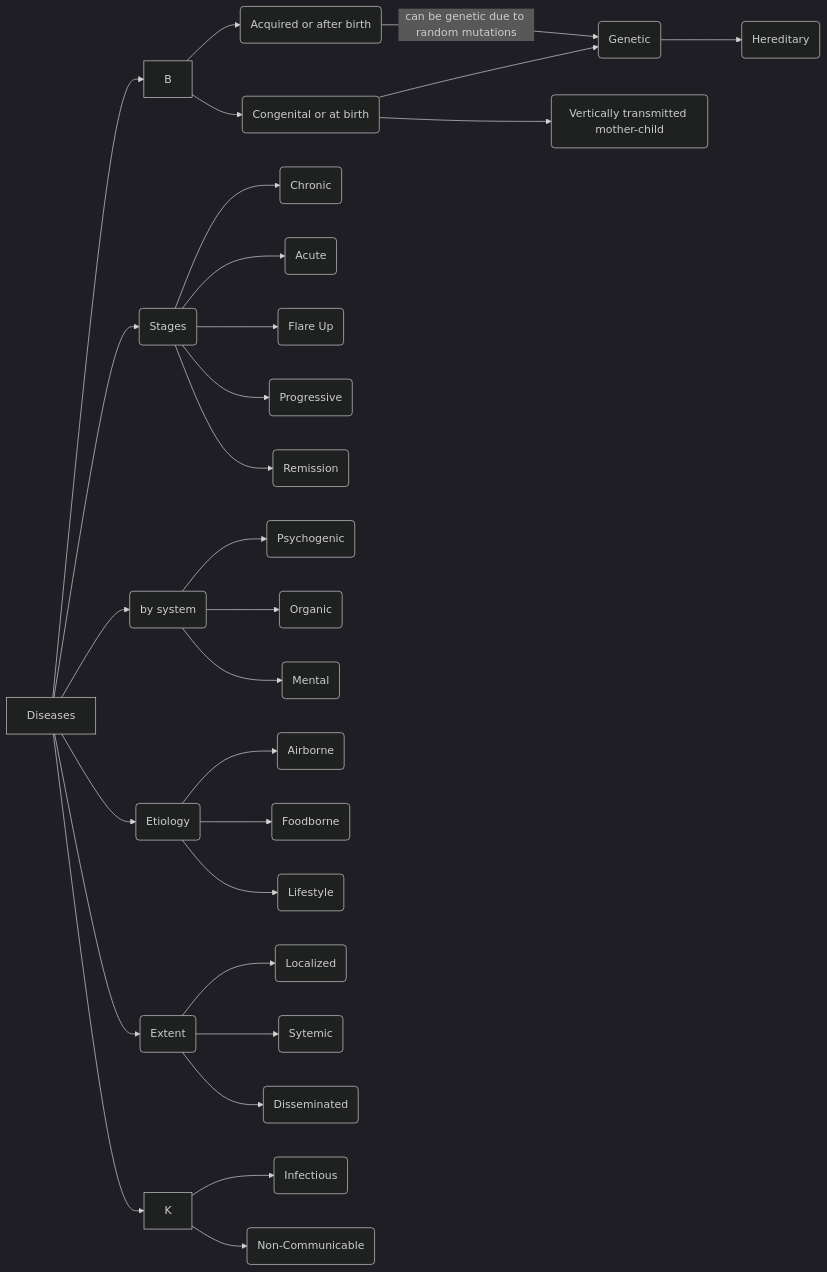
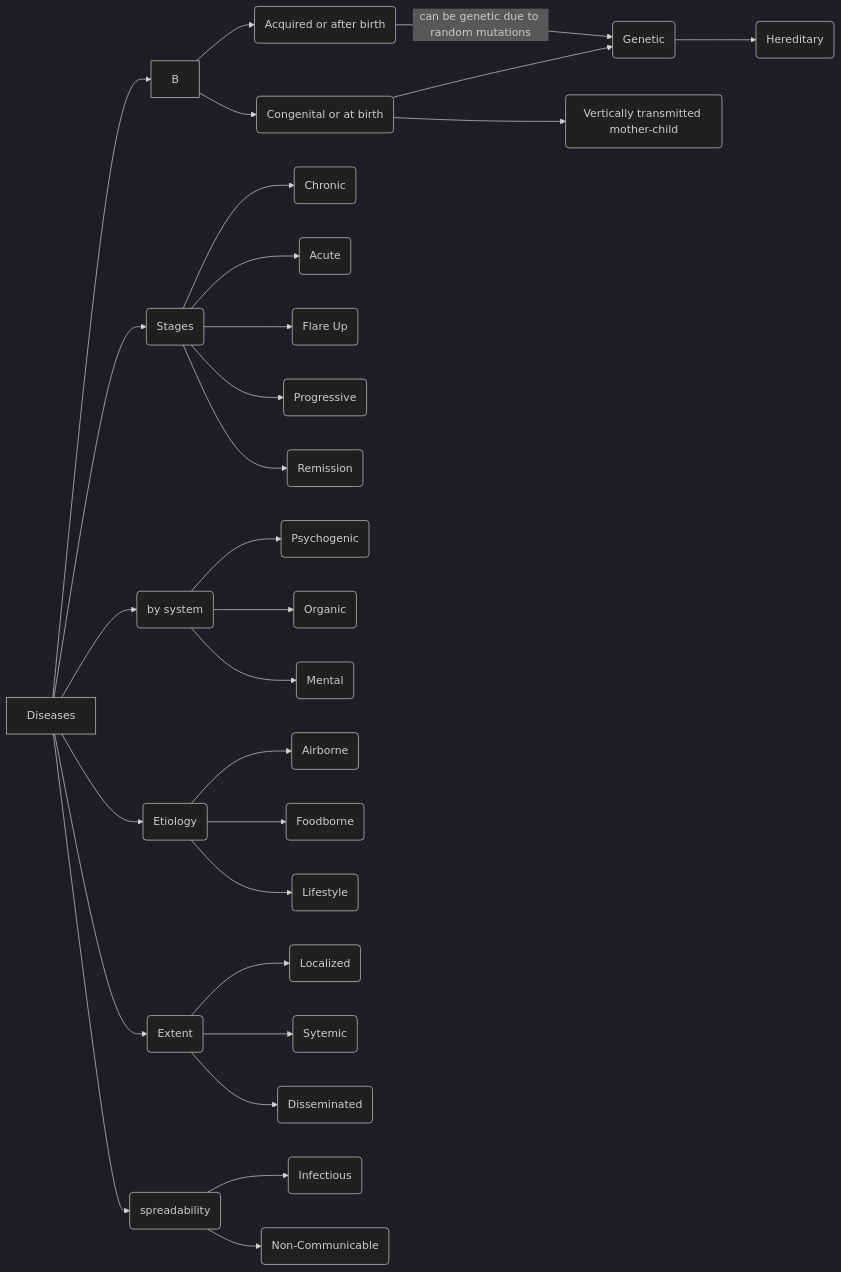
One commit to corvusdeinanis/cuddlyspaceship changed the second of 2 diagrams in content/Categorization of Diseases.md. Above: the diagram before and after it, drawn with Mermaid (dark theme). The commit also changed other lines of this file and 2 other files, not shown here.

Commit message:
Pre-4.1.1
Last Commit Before 4.1.1

````diff
--- a/content/Categorization of Diseases.md
+++ b/content/Categorization of Diseases.md
@@ -61,70 +58,68 @@
 ```mermaid
 flowchart LR
 
     A[Diseases] --> B
 
     B --> C(Acquired or after birth)
 
     B-->D(Congenital or at birth)
 
     D-->D1(Genetic)
 
     D-->D2(Vertically transmitted mother-child)
 
     C-->|can be genetic due to random mutations|D1
 
     D1-->D12(Hereditary)
 
   
 
     A-->E(Stages)
 
     E-->E1(Chronic)
 
     E-->E2(Acute)
 
     E-->E3(Flare Up)
 
     E-->E4(Progressive)
 
     E-->E5(Remission)
 
-  
-  
 
     A-->H(by system)
 
     H-->H1(Psychogenic)
 
     H-->H2(Organic)
 
     H-->H3(Mental)
 
   
 
     A-->I(Etiology)
 
     I-->I1(Airborne)
 
     I-->I2(Foodborne)
 
     I-->I3(Lifestyle)
 
   
 
    A-->J(Extent)
 
    J-->J1(Localized)
 
    J-->J2(Sytemic)
 
    J-->J3(Disseminated)
 
   
 
-A-->K
+A-->K(spreadability)
 
 K-->K1(Infectious)
 
 K-->K2(Non-Communicable)
 ```
````
